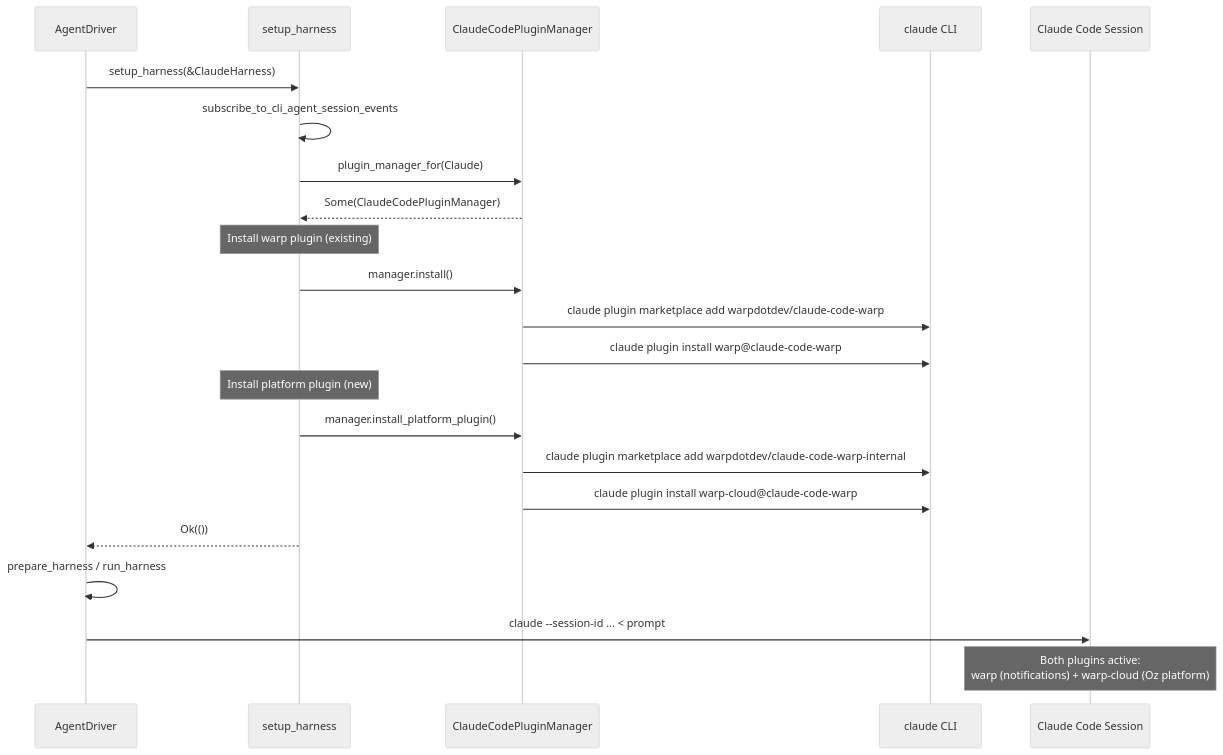
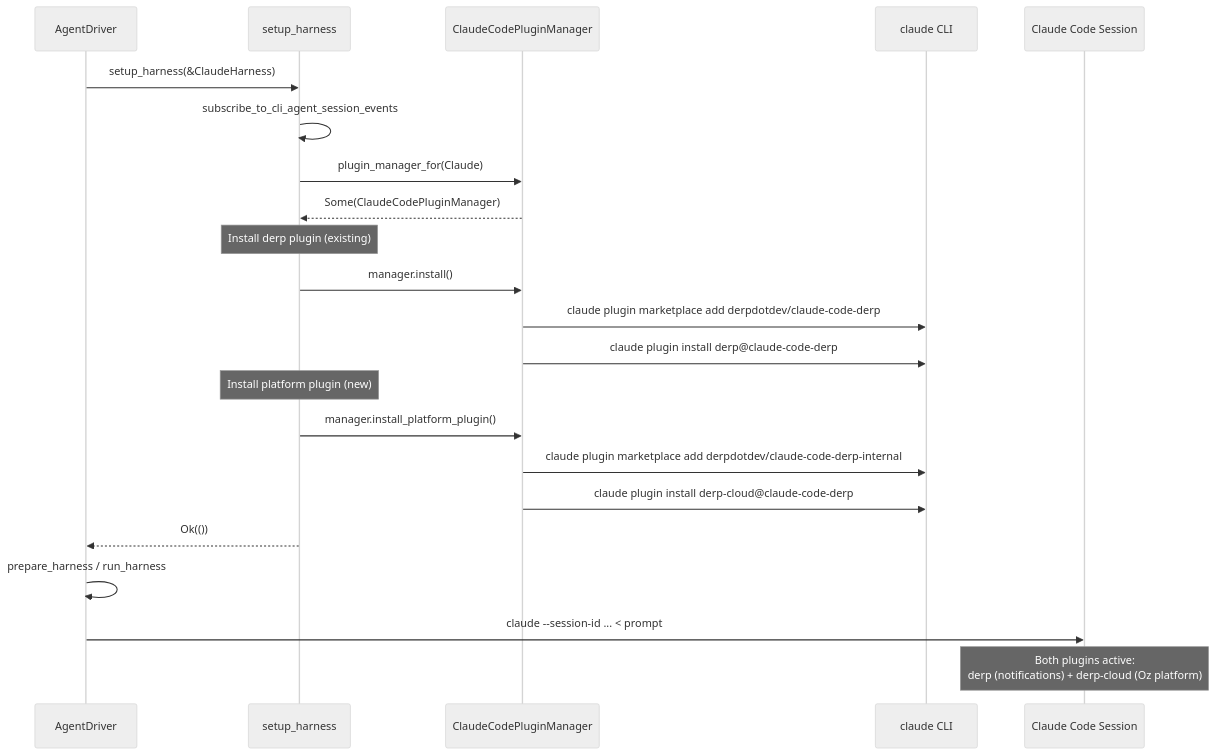
One commit to antikrust/krust-terminal changed the diagram in specs/REMOTE-1218/TECH.md. Above: the diagram before and after it, drawn with Mermaid (neutral theme). The commit also changed other lines of this file and 9069 other files, not shown here.

First line of the commit message:
Rebrand Warp -> Derp; vendor and disconnect all external deps

````diff
--- a/specs/REMOTE-1218/TECH.md
+++ b/specs/REMOTE-1218/TECH.md
@@ -121,28 +121,28 @@
 ```mermaid
 sequenceDiagram
     participant Driver as AgentDriver
     participant Setup as setup_harness
     participant PM as ClaudeCodePluginManager
     participant CLI as claude CLI
     participant CC as Claude Code Session
 
     Driver->>Setup: setup_harness(&ClaudeHarness)
     Setup->>Setup: subscribe_to_cli_agent_session_events
     Setup->>PM: plugin_manager_for(Claude)
     PM-->>Setup: Some(ClaudeCodePluginManager)
 
-    Note over Setup: Install warp plugin (existing)
+    Note over Setup: Install derp plugin (existing)
     Setup->>PM: manager.install()
-    PM->>CLI: claude plugin marketplace add warpdotdev/claude-code-warp
-    PM->>CLI: claude plugin install warp@claude-code-warp
+    PM->>CLI: claude plugin marketplace add derpdotdev/claude-code-derp
+    PM->>CLI: claude plugin install derp@claude-code-derp
 
     Note over Setup: Install platform plugin (new)
     Setup->>PM: manager.install_platform_plugin()
-    PM->>CLI: claude plugin marketplace add warpdotdev/claude-code-warp-internal
-    PM->>CLI: claude plugin install warp-cloud@claude-code-warp
+    PM->>CLI: claude plugin marketplace add derpdotdev/claude-code-derp-internal
+    PM->>CLI: claude plugin install derp-cloud@claude-code-derp
 
     Setup-->>Driver: Ok(())
     Driver->>Driver: prepare_harness / run_harness
     Driver->>CC: claude --session-id ... < prompt
-    Note over CC: Both plugins active:<br/>warp (notifications) + warp-cloud (Oz platform)
+    Note over CC: Both plugins active:<br/>derp (notifications) + derp-cloud (Oz platform)
 ```
````
